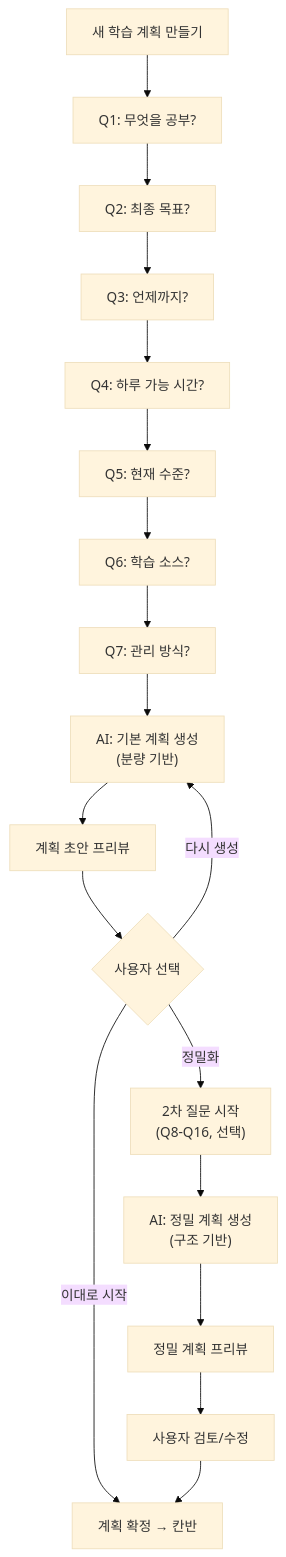
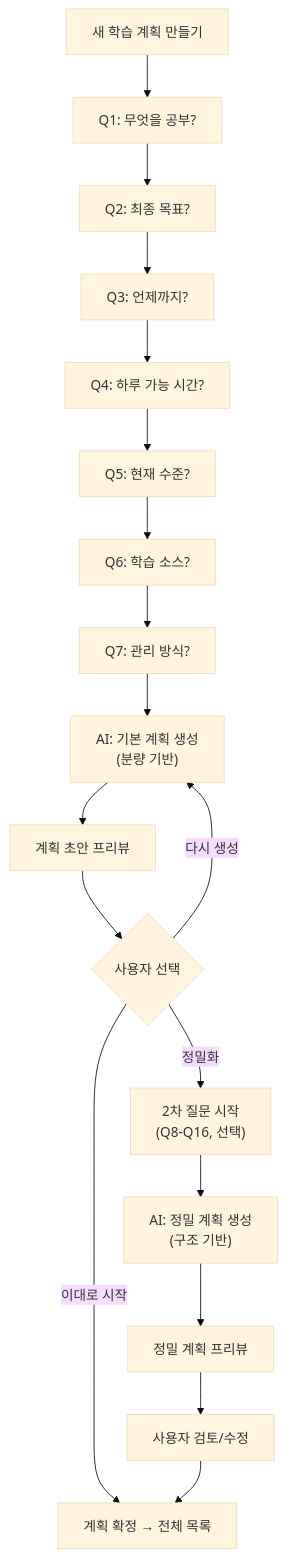
One commit to khs990704/leadme changed the second of 5 diagrams in spec/05_wireframe.md. Above: the diagram before and after it, drawn with Mermaid (base theme). The commit also changed other lines of this file, not shown here.

````diff
--- a/spec/05_wireframe.md
+++ b/spec/05_wireframe.md
@@ -317,23 +351,23 @@
 ```mermaid
 flowchart TD
     START["새 학습 계획 만들기"] --> Q1["Q1: 무엇을 공부?"]
     Q1 --> Q2["Q2: 최종 목표?"]
     Q2 --> Q3["Q3: 언제까지?"]
     Q3 --> Q4["Q4: 하루 가능 시간?"]
     Q4 --> Q5["Q5: 현재 수준?"]
     Q5 --> Q6["Q6: 학습 소스?"]
     Q6 --> Q7["Q7: 관리 방식?"]
 
     Q7 --> GEN1["AI: 기본 계획 생성<br/>(분량 기반)"]
     GEN1 --> PREVIEW["계획 초안 프리뷰"]
 
     PREVIEW --> CHOICE{사용자 선택}
-    CHOICE -->|이대로 시작| CONFIRM["계획 확정 → 칸반"]
+    CHOICE -->|이대로 시작| CONFIRM["계획 확정 → 전체 목록"]
     CHOICE -->|정밀화| Q8["2차 질문 시작<br/>(Q8-Q16, 선택)"]
     CHOICE -->|다시 생성| GEN1
 
     Q8 --> GEN2["AI: 정밀 계획 생성<br/>(구조 기반)"]
     GEN2 --> PREVIEW2["정밀 계획 프리뷰"]
     PREVIEW2 --> EDIT["사용자 검토/수정"]
     EDIT --> CONFIRM
 ```
````
